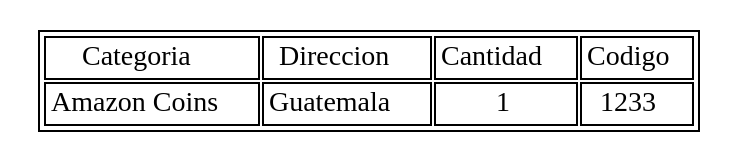
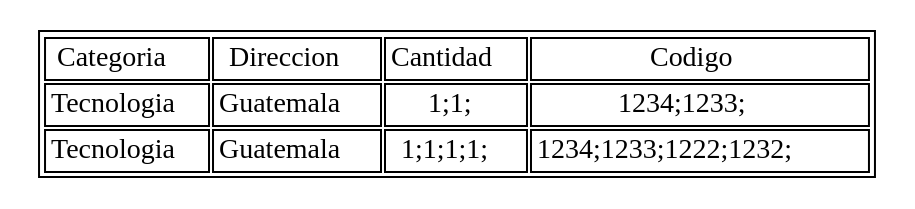
Before and after one commit to DiegoPabloPA/EDD_VirtualMall_201900226: the diagram in Proyecto1/ReporteDia.dot, drawn with Graphviz. The commit also changed 73 other files, not shown here.

```diff
--- a/Proyecto1/ReporteDia.dot
+++ b/Proyecto1/ReporteDia.dot
@@ -1,20 +1,32 @@
 digraph dot{
 n[shape=none label=<<table><tr>
 <td>Categoria</td>
 <td>Direccion</td>
 <td>Cantidad</td>
 <td>Codigo</td>
 </tr>
 <tr>
 <td>
-Amazon Coins</td>
+Tecnologia</td>
 <td>
 Guatemala</td>
 <td>
-1</td>
+1;1;</td>
 <td>
-1233</td>
+1234;1233;</td>
+
+</tr>
+
+<tr>
+<td>
+Tecnologia</td>
+<td>
+Guatemala</td>
+<td>
+1;1;1;1;</td>
+<td>
+1234;1233;1222;1232;</td>
 
 </tr>
 </table>>];
 }
```
